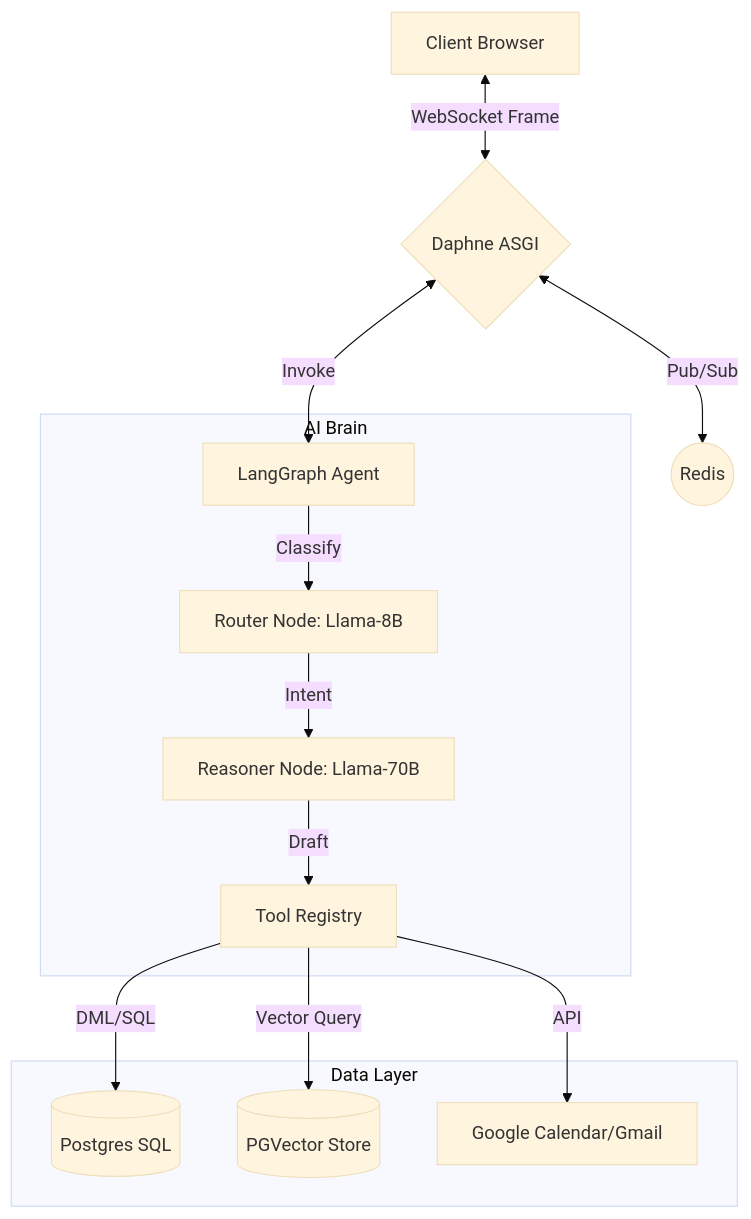
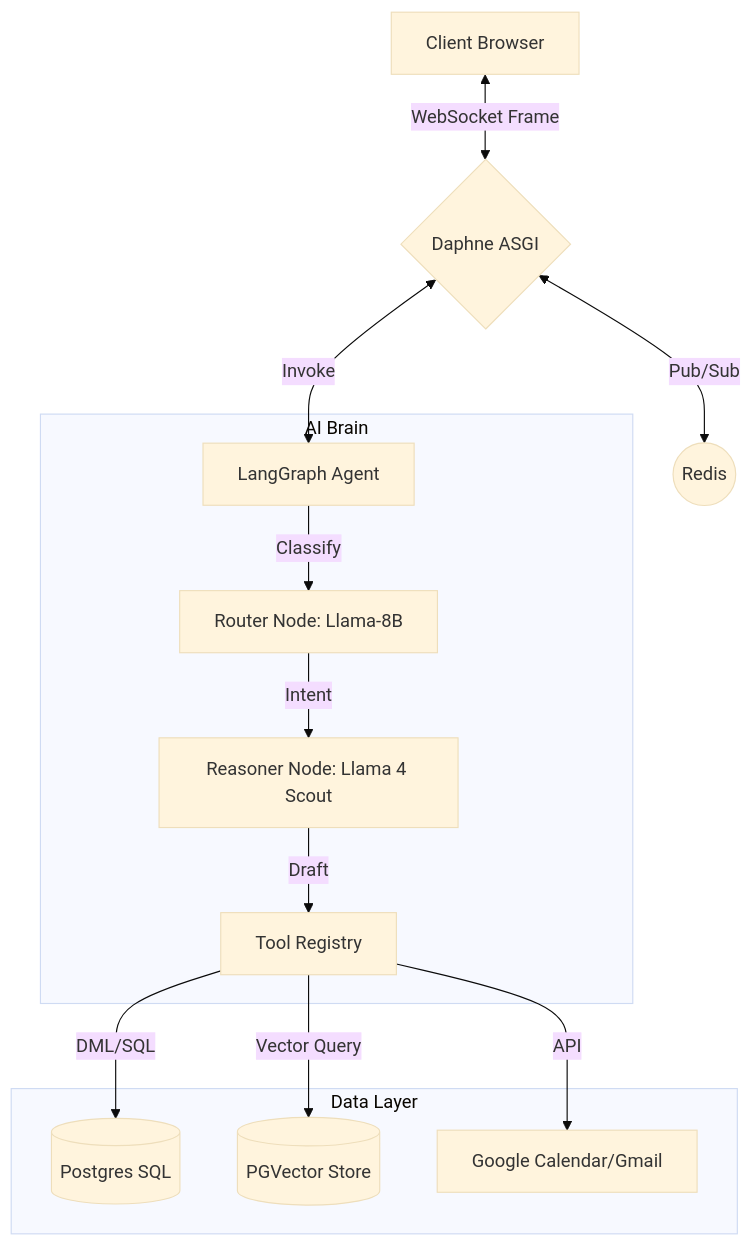
One commit to nathanmendis/project-harvey-test changed the second of 7 diagrams in learn.md. Above: the diagram before and after it, drawn with Mermaid (base theme). The commit also changed other lines of this file and 18 other files, not shown here.

Commit message:
Add router architecture with 2-LLM setup

````diff
--- a/learn.md
+++ b/learn.md
@@ -26,18 +53,18 @@
 ```mermaid
 graph TD
     Client[Client Browser] <-->|WebSocket Frame| Daphne{Daphne ASGI}
     Daphne <-->|Pub/Sub| Redis((Redis))
     Daphne <-->|Invoke| Agent[LangGraph Agent]
     
     subgraph AI Brain
         Agent -->|Classify| Router[Router Node: Llama-8B]
-        Router -->|Intent| Reasoner[Reasoner Node: Llama-70B]
+        Router -->|Intent| Reasoner[Reasoner Node: Llama 4 Scout]
         Reasoner -->|Draft| Tools[Tool Registry]
     end
     
     subgraph Data Layer
         Tools -->|DML/SQL| Postgres[(Postgres SQL)]
         Tools -->|Vector Query| PGV[(PGVector Store)]
         Tools -->|API| Google[Google Calendar/Gmail]
     end
 ```
````
